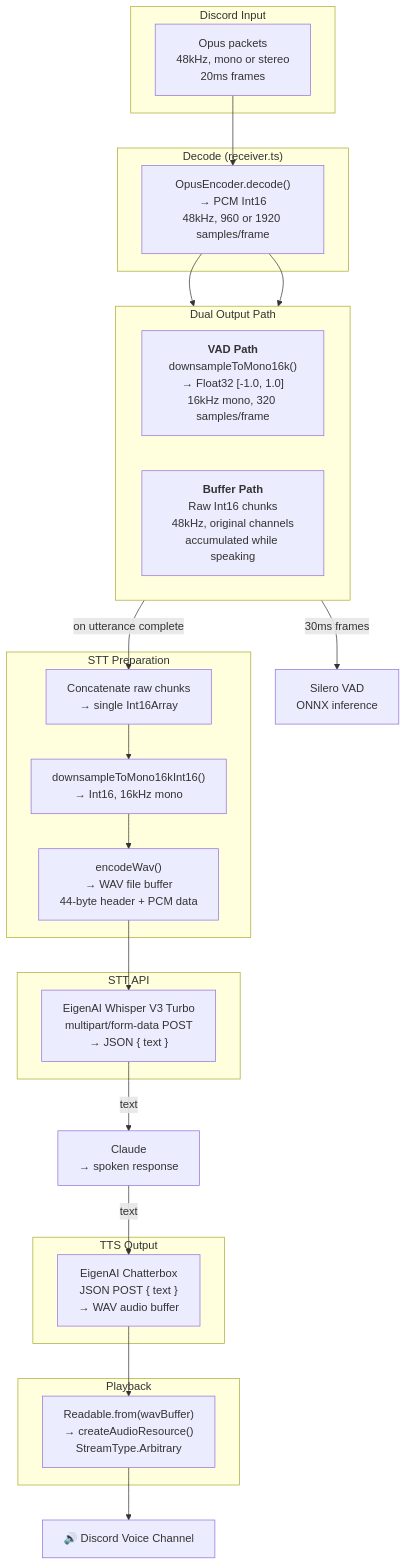
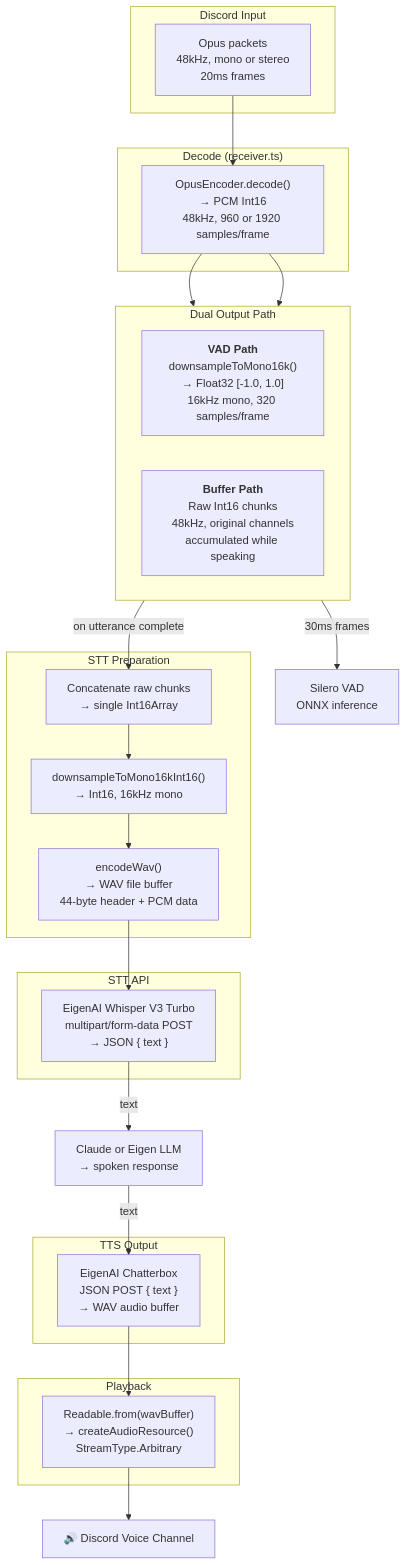
Before and after one commit to NaichuanZhang/discord-claw-auto-evolve: the seventh of 10 diagrams in README.md, drawn with Mermaid. The commit also changed other lines of this file and 2 other files, not shown here.

````diff
--- a/README.md
+++ b/README.md
@@ -627,46 +639,46 @@
 ```mermaid
 graph TD
     subgraph "Discord Input"
         I1["Opus packets<br/>48kHz, mono or stereo<br/>20ms frames"]
     end
 
     subgraph "Decode (receiver.ts)"
         D1["OpusEncoder.decode()<br/>→ PCM Int16<br/>48kHz, 960 or 1920 samples/frame"]
     end
 
     subgraph "Dual Output Path"
         direction LR
         P1["<b>VAD Path</b><br/>downsampleToMono16k()<br/>→ Float32 [-1.0, 1.0]<br/>16kHz mono, 320 samples/frame"]
         P2["<b>Buffer Path</b><br/>Raw Int16 chunks<br/>48kHz, original channels<br/>accumulated while speaking"]
     end
 
     subgraph "STT Preparation"
         S1["Concatenate raw chunks<br/>→ single Int16Array"]
         S2["downsampleToMono16kInt16()<br/>→ Int16, 16kHz mono"]
         S3["encodeWav()<br/>→ WAV file buffer<br/>44-byte header + PCM data"]
     end
 
     subgraph "STT API"
         A1["EigenAI Whisper V3 Turbo<br/>multipart/form-data POST<br/>→ JSON { text }"]
     end
 
     subgraph "TTS Output"
         T1["EigenAI Chatterbox<br/>JSON POST { text }<br/>→ WAV audio buffer"]
     end
 
     subgraph "Playback"
         PL1["Readable.from(wavBuffer)<br/>→ createAudioResource()<br/>StreamType.Arbitrary"]
     end
 
     I1 --> D1
     D1 --> P1
     D1 --> P2
     P1 -->|"30ms frames"| VAD["Silero VAD<br/>ONNX inference"]
     P2 -->|"on utterance complete"| S1
     S1 --> S2 --> S3
     S3 --> A1
-    A1 -->|"text"| Claude["Claude<br/>→ spoken response"]
+    A1 -->|"text"| Claude["Claude or Eigen LLM<br/>→ spoken response"]
     Claude -->|"text"| T1
     T1 --> PL1
     PL1 --> Speaker["🔊 Discord Voice Channel"]
 ```
````
